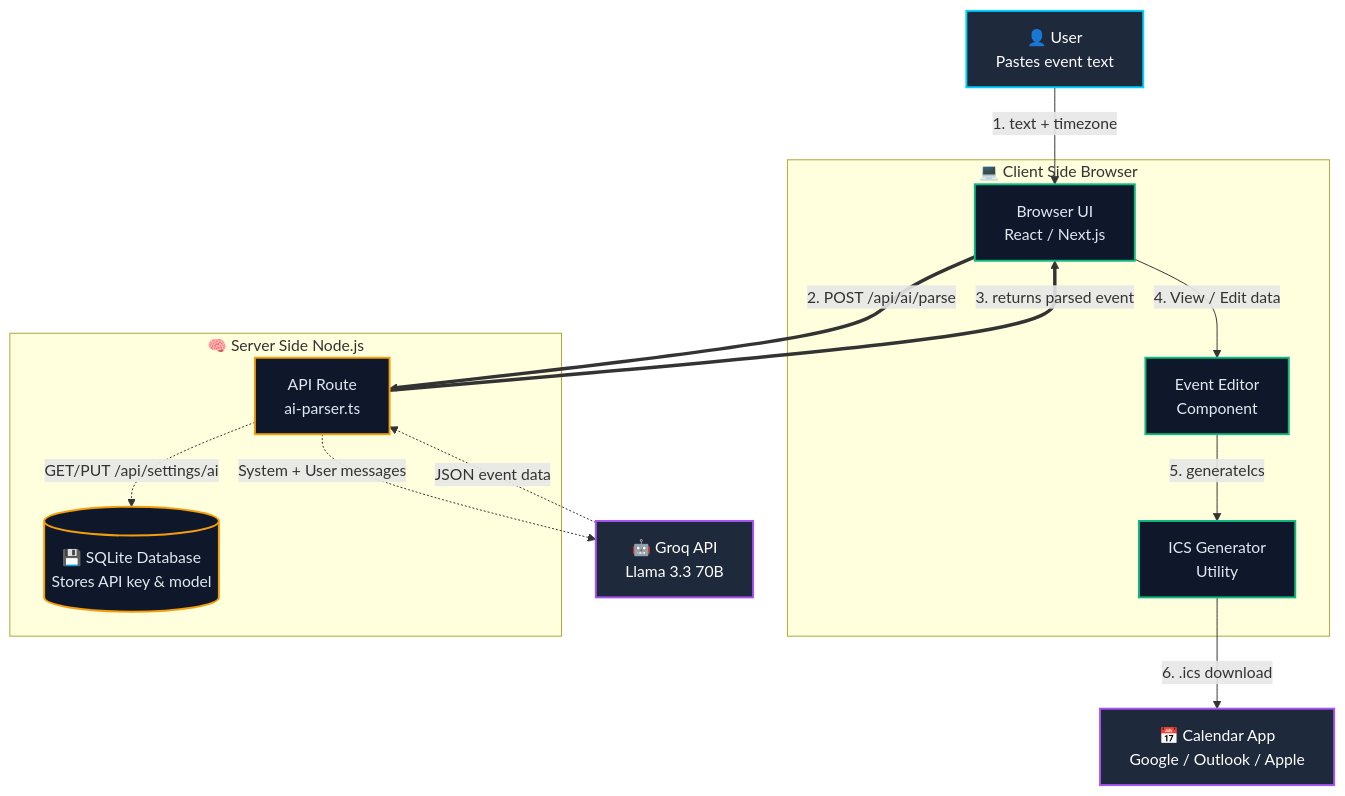
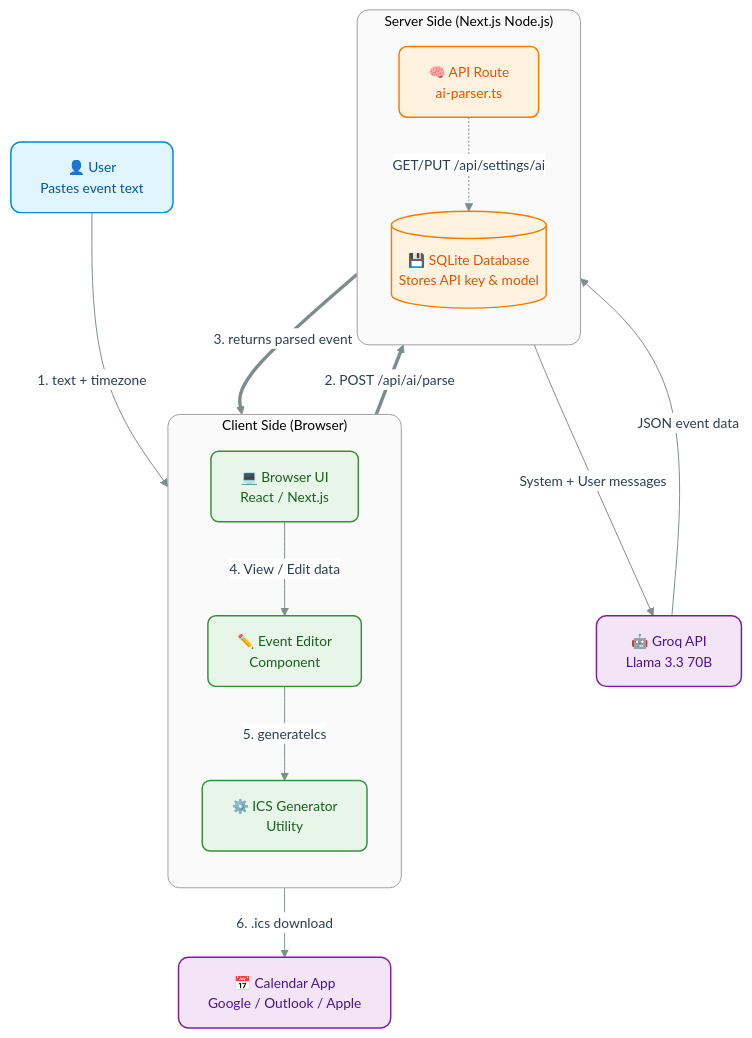
Before and after one commit to Rimas-Codes/event-to-ics: the diagram in README.md, drawn with Mermaid.

Commit message:
Update Mermaid diagram styles and structure

````diff
--- a/README.md
+++ b/README.md
@@ -7,45 +7,55 @@
 ```mermaid
+%%{init: {'theme': 'base', 'themeVariables': { 'primaryColor': '#ffffff', 'primaryTextColor': '#2c3e50', 'primaryBorderColor': '#bdc3c7', 'lineColor': '#7f8c8d', 'fontSize': '14px', 'fontFamily': 'Helvetica Neue, Inter, Arial, sans-serif'}}}%%
 flowchart TD
-    %% Modern Dark/Minimalist Palette
-    classDef user stroke:#00d2ff,stroke-width:2px,fill:#1e293b,color:#fff;
-    classDef frontend stroke:#10b981,stroke-width:2px,fill:#0f172a,color:#e2e8f0;
-    classDef backend stroke:#f59e0b,stroke-width:2px,fill:#0f172a,color:#e2e8f0;
-    classDef external stroke:#a855f7,stroke-width:2px,fill:#1e293b,color:#fff;
+    %% Styling Definitions for modern look (soft pastels and rounded corners)
+    classDef user fill:#e1f5fe,stroke:#0288d1,stroke-width:1.5px,color:#01579b,rx:10,ry:10;
+    classDef frontend fill:#e8f5e9,stroke:#388e3c,stroke-width:1.5px,color:#1b5e20,rx:8,ry:8;
+    classDef backend fill:#fff3e0,stroke:#f57c00,stroke-width:1.5px,color:#e65100,rx:8,ry:8;
+    classDef external fill:#f3e5f5,stroke:#7b1fa2,stroke-width:1.5px,color:#4a148c,rx:10,ry:10;
+    
+    %% Boundary Nodes Styling (for grouping and clarity)
+    classDef boundary stroke:#9e9e9e,stroke-width:1px,fill:#fafafa,rx:12,ry:12;
 
     %% Nodes Outside Boundaries
     U["👤 User<br/>Pastes event text"]:::user
     C["📅 Calendar App<br/>Google / Outlook / Apple"]:::external
 
-    %% Client Side Group
-    subgraph Client ["💻 Client Side Browser"]
-        B["Browser UI<br/>React / Next.js"]:::frontend
-        E["Event Editor<br/>Component"]:::frontend
-        I["ICS Generator<br/>Utility"]:::frontend
+    %% Client Side Group with Boundary
+    subgraph Client ["Client Side (Browser)"]
+        direction TB
+        B["💻 Browser UI<br/>React / Next.js"]:::frontend
+        E["✏️ Event Editor<br/>Component"]:::frontend
+        I["⚙️ ICS Generator<br/>Utility"]:::frontend
     end
+    %% Apply boundary style to the subgraph itself
+    class Client boundary;
 
-    %% Server Side Group
-    subgraph Server ["🧠 Server Side Node.js"]
-        A["API Route<br/>ai-parser.ts"]:::backend
+    %% Server Side Group with Boundary
+    subgraph Server ["Server Side (Next.js Node.js)"]
+        direction TB
+        A["🧠 API Route<br/>ai-parser.ts"]:::backend
         DB[("💾 SQLite Database<br/>Stores API key & model")]:::backend
     end
+    %% Apply boundary style to the subgraph itself
+    class Server boundary;
 
     %% External Services
     G["🤖 Groq API<br/>Llama 3.3 70B"]:::external
 
-    %% Data Flow / Relationships
+    %% Data Flow / Relationships (Interaction Links)
     U -->|1. text + timezone| B
     
-    %% Thick arrows for primary app communication
+    %% Split interactions for better arrow style application
     B ==>|2. POST /api/ai/parse| A
     A ==>|3. returns parsed event| B
     
-    %% Internal Client Flow
+    %% Internal Client Flow (Solid)
     B -->|4. View / Edit data| E
     E -->|5. generateIcs| I
     I -->|6. .ics download| C
 
-    %% Internal Server & External Data Flow (Dashed)
-    A -.->|System + User messages| G
-    G -.->|JSON event data| A
+    %% Internal Server Flow (Thinner and dashed where appropriate)
+    A -->|System + User messages| G
+    G -->|JSON event data| A
     A -.->|GET/PUT /api/settings/ai| DB
 ```
````
